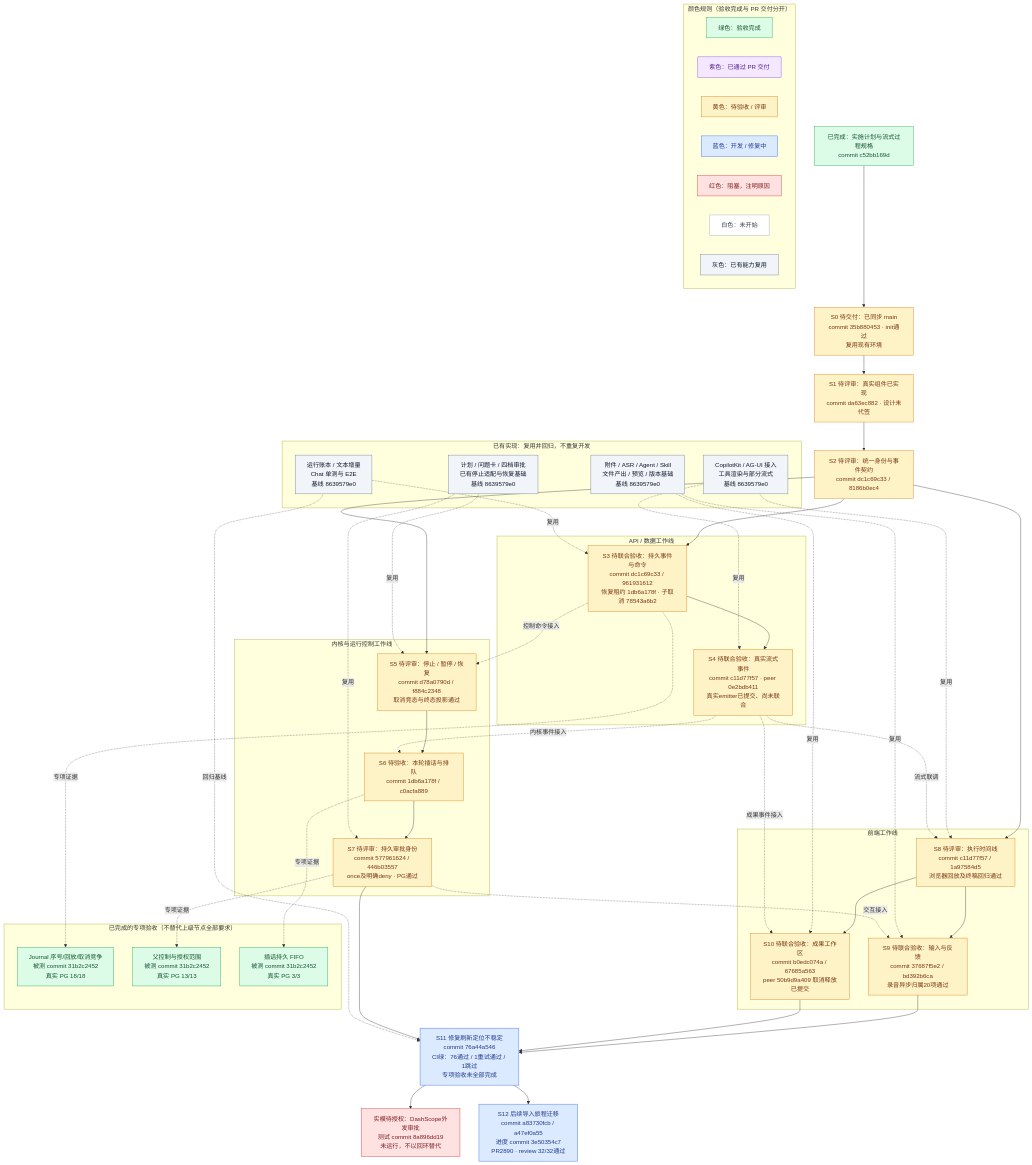
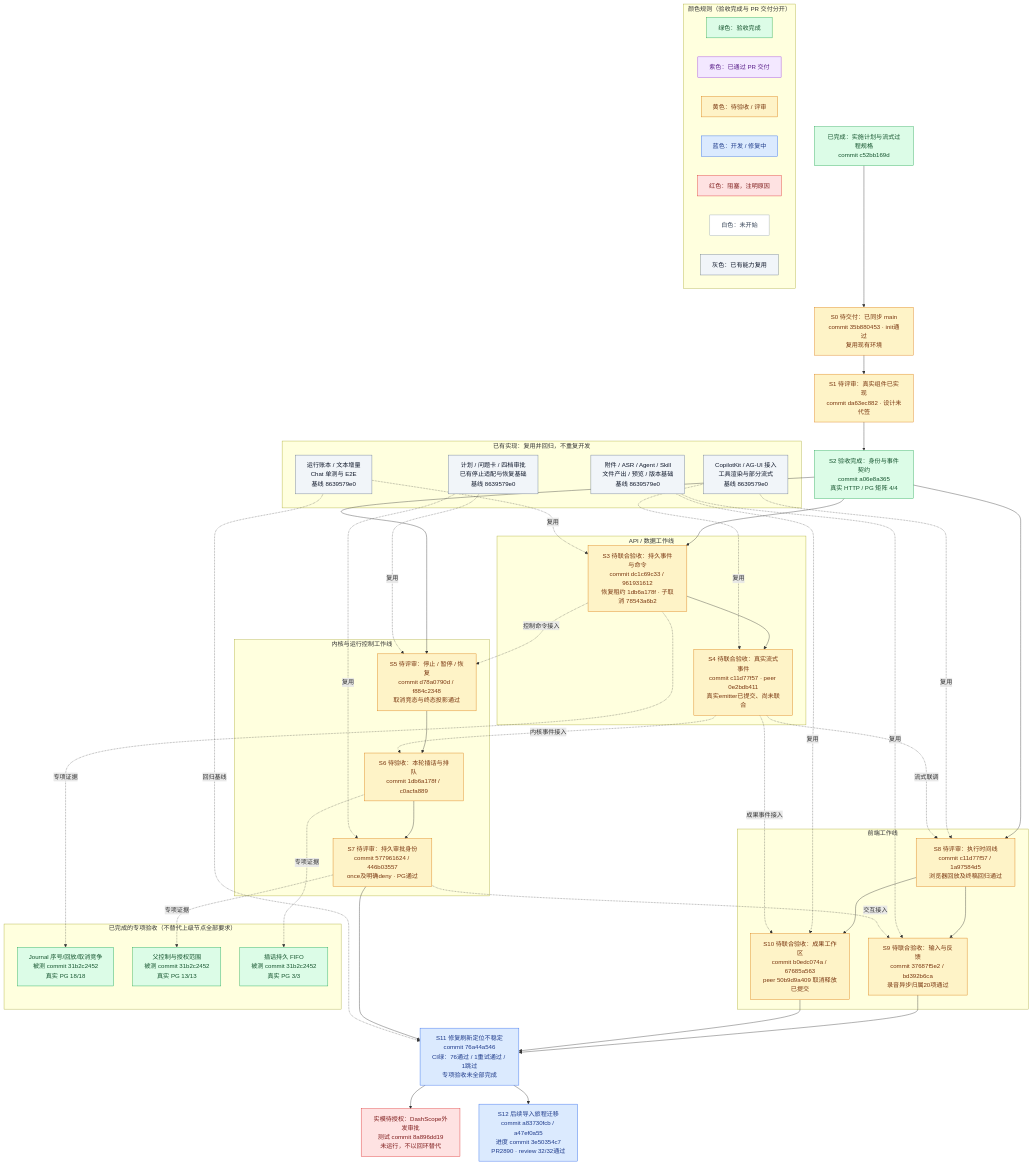
Before and after one commit to boardx/workspacex: the first of 2 diagrams in docs/design/agent-workbench-upgrade-plan-2026-09-06.md, drawn with Mermaid. The commit also changed other lines of this file and 1 other file, not shown here.

```diff
--- a/docs/design/agent-workbench-upgrade-plan-2026-09-06.md
+++ b/docs/design/agent-workbench-upgrade-plan-2026-09-06.md
@@ -19,7 +19,7 @@
 
   P --> S0["S0 待交付：已同步 main\ncommit 35b880453 · init通过\n复用现有环境"]:::verify
   S0 --> S1["S1 待评审：真实组件已实现\ncommit da63ec882 · 设计未代签"]:::verify
-  S1 --> S2["S2 待评审：统一身份与事件契约\ncommit dc1c69c33 / 8186b0ec4"]:::verify
+  S1 --> S2["S2 验收完成：身份与事件契约\ncommit a06e8a365\n真实 HTTP / PG 矩阵 4/4"]:::done
 
   subgraph FE["前端工作线"]
     S8["S8 待评审：执行时间线\ncommit c11d77f57 / 1a97584d5\n浏览器回放及终稿回归通过"]:::verify
```
